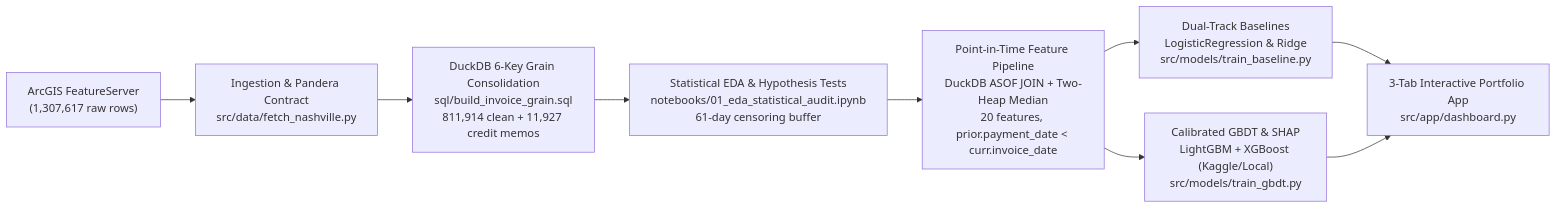
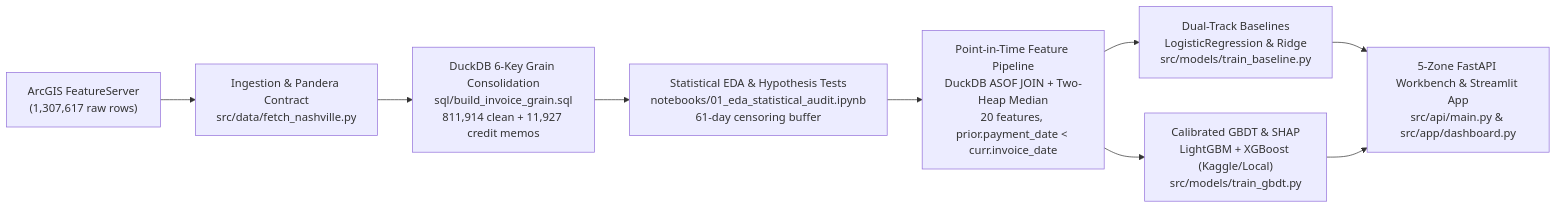
The diagram in README.md (tabang205/project_data_analysis), drawn with Mermaid before and after one commit. The commit also changed other lines of this file and 5 other files, not shown here.

Commit message:
feat(web): build 5-zone FastAPI + Tailwind enterprise workbench UI

````diff
--- a/README.md
+++ b/README.md
@@ -28,11 +28,11 @@
 ```mermaid
 flowchart LR
     A["ArcGIS FeatureServer<br/>(1,307,617 raw rows)"] --> B["Ingestion & Pandera Contract<br/>src/data/fetch_nashville.py"]
     B --> C["DuckDB 6-Key Grain Consolidation<br/>sql/build_invoice_grain.sql<br/>811,914 clean + 11,927 credit memos"]
     C --> D["Statistical EDA & Hypothesis Tests<br/>notebooks/01_eda_statistical_audit.ipynb<br/>61-day censoring buffer"]
     D --> E["Point-in-Time Feature Pipeline<br/>DuckDB ASOF JOIN + Two-Heap Median<br/>20 features, prior.payment_date < curr.invoice_date"]
     E --> F["Dual-Track Baselines<br/>LogisticRegression & Ridge<br/>src/models/train_baseline.py"]
     E --> G["Calibrated GBDT & SHAP<br/>LightGBM + XGBoost (Kaggle/Local)<br/>src/models/train_gbdt.py"]
-    F --> H["3-Tab Interactive Portfolio App<br/>src/app/dashboard.py"]
+    F --> H["5-Zone FastAPI Workbench & Streamlit App<br/>src/api/main.py & src/app/dashboard.py"]
     G --> H
 ```
````
